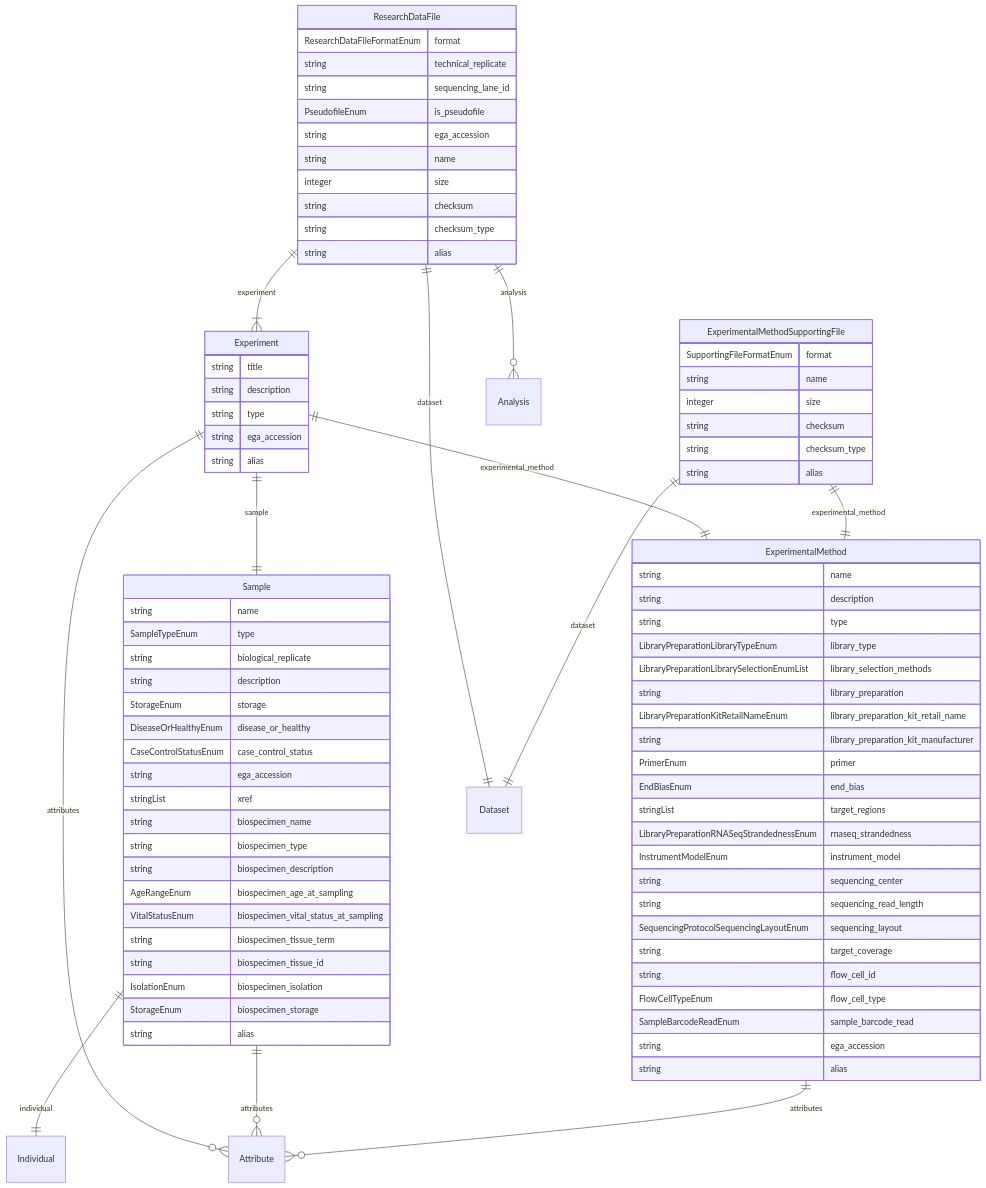
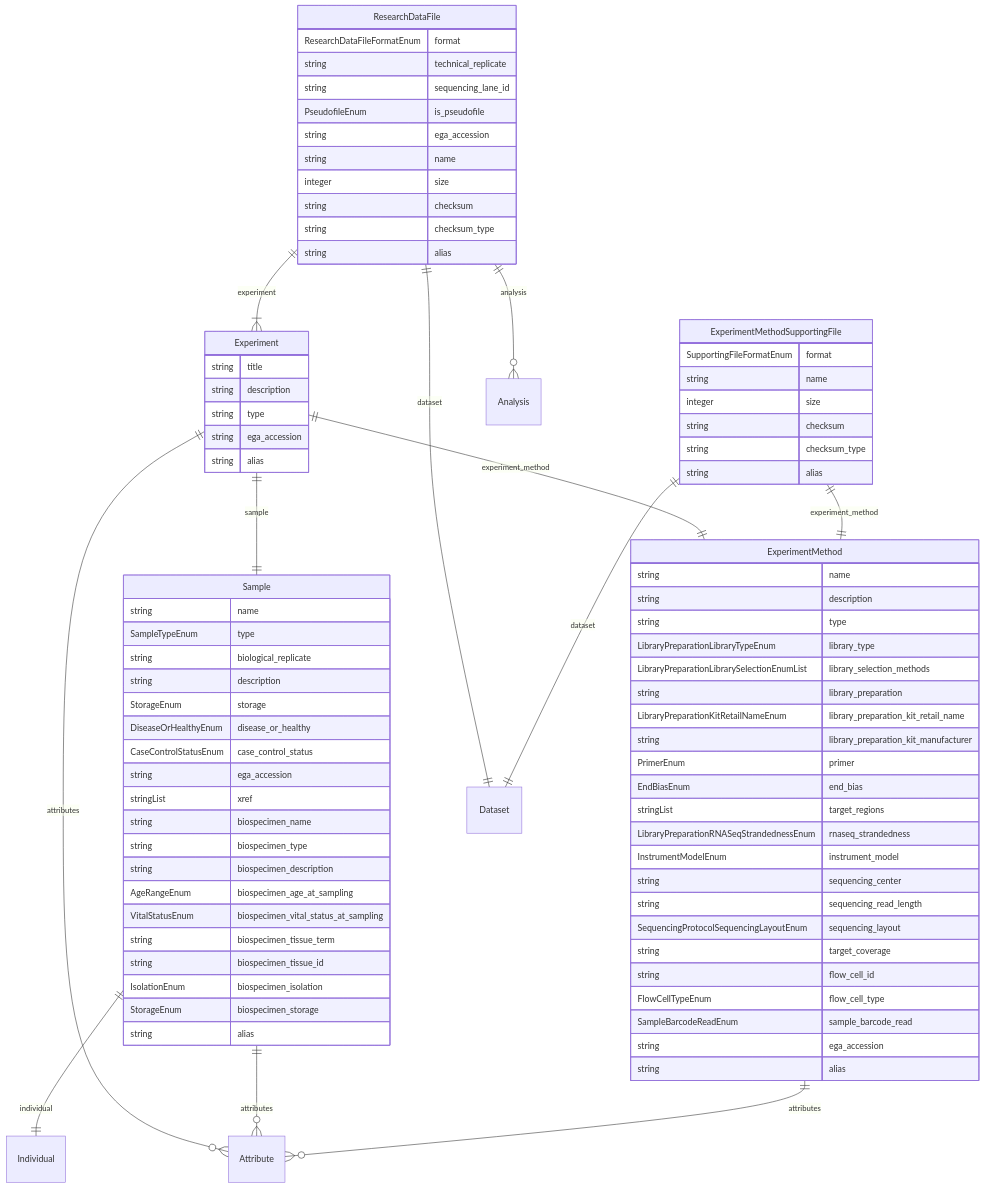
Before and after one commit to ghga-de/ghga-metadata-schema: the fifth of 5 diagrams in docs/entity_relations.md, drawn with Mermaid. The commit also changed other lines of this file and 156 other files, not shown here.

Commit message:
renamed to ExperimentMethod, description fixes; generated artifacts

````diff
--- a/docs/entity_relations.md
+++ b/docs/entity_relations.md
@@ -223,6 +223,6 @@
 ```mermaid
 erDiagram
-ExperimentalMethodSupportingFile {
+ExperimentMethodSupportingFile {
     SupportingFileFormatEnum format  
     string name  
     integer size  
@@ -230,7 +230,7 @@
     string checksum_type  
     string alias  
 }
-ExperimentalMethod {
+ExperimentMethod {
     string name  
     string description  
     string type  
@@ -295,15 +295,15 @@
     string alias  
 }
 
-ExperimentalMethodSupportingFile ||--|| ExperimentalMethod : "experimental_method"
-ExperimentalMethodSupportingFile ||--|| Dataset : "dataset"
-ExperimentalMethod ||--}o Attribute : "attributes"
+ExperimentMethodSupportingFile ||--|| ExperimentMethod : "experiment_method"
+ExperimentMethodSupportingFile ||--|| Dataset : "dataset"
+ExperimentMethod ||--}o Attribute : "attributes"
 ResearchDataFile ||--}| Experiment : "experiment"
 ResearchDataFile ||--}o Analysis : "analysis"
 ResearchDataFile ||--|| Dataset : "dataset"
 Sample ||--|| Individual : "individual"
 Sample ||--}o Attribute : "attributes"
-Experiment ||--|| ExperimentalMethod : "experimental_method"
+Experiment ||--|| ExperimentMethod : "experiment_method"
 Experiment ||--|| Sample : "sample"
 Experiment ||--}o Attribute : "attributes"
 
````
